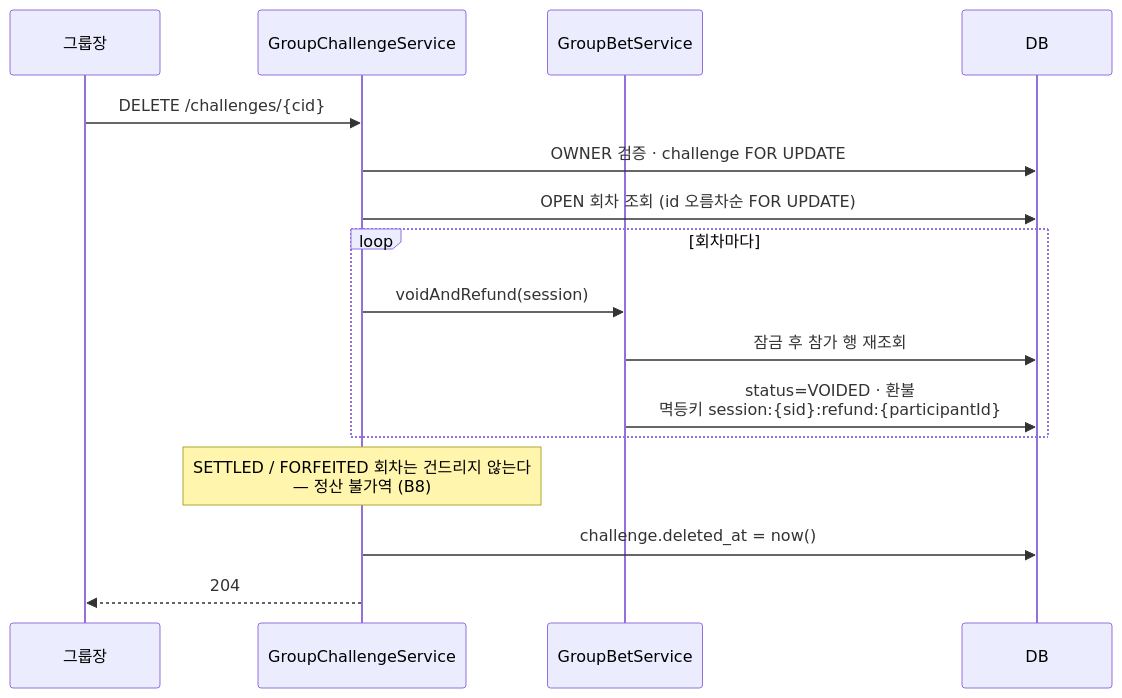
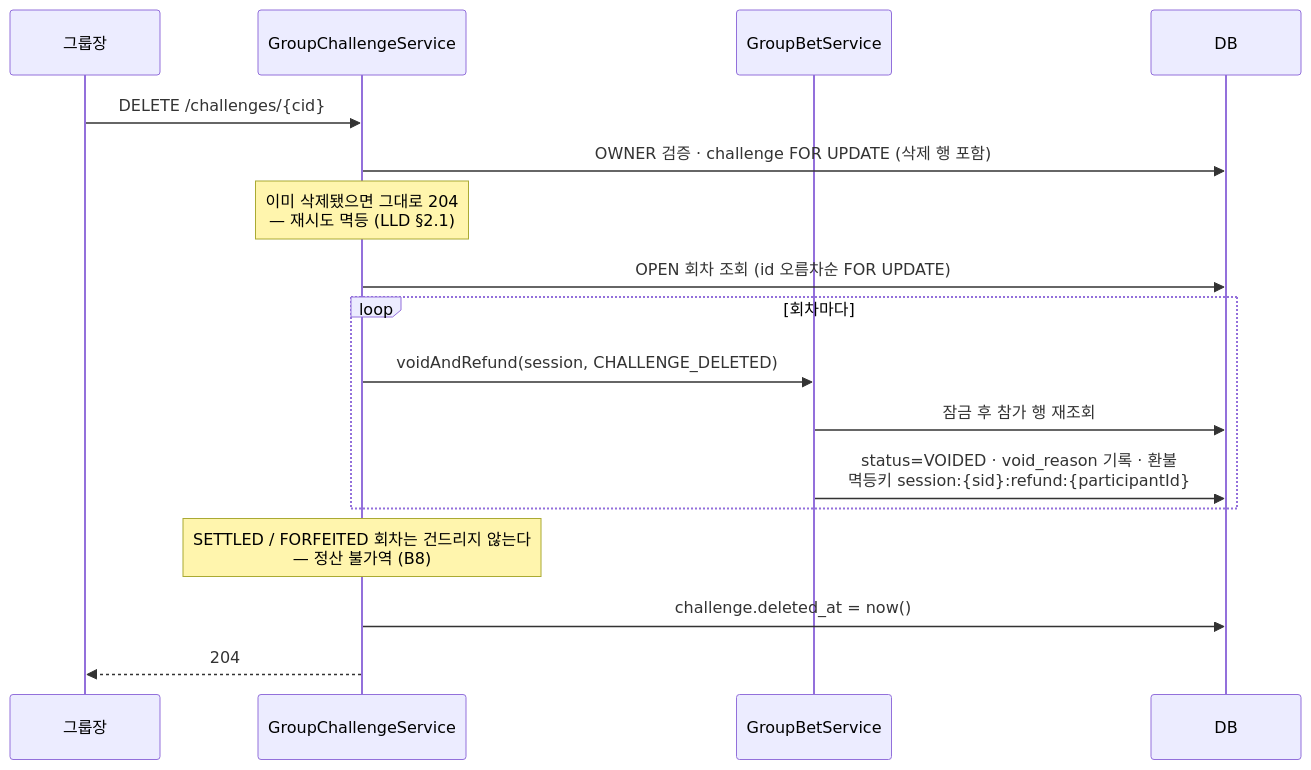
The ninth of 13 diagrams in docs/prd/challenge/high-level-design.md (OneOrThree/phone), drawn with Mermaid before and after one commit. The commit also changed other lines of this file and 5 other files, not shown here.

````diff
--- a/docs/prd/challenge/high-level-design.md
+++ b/docs/prd/challenge/high-level-design.md
@@ -328,19 +338,20 @@
 ```mermaid
 sequenceDiagram
     participant U as 그룹장
     participant S as GroupChallengeService
     participant B as GroupBetService
     participant DB as DB
 
     U->>S: DELETE /challenges/{cid}
-    S->>DB: OWNER 검증 · challenge FOR UPDATE
+    S->>DB: OWNER 검증 · challenge FOR UPDATE (삭제 행 포함)
+    Note over S: 이미 삭제됐으면 그대로 204<br/>— 재시도 멱등 (LLD §2.1)
     S->>DB: OPEN 회차 조회 (id 오름차순 FOR UPDATE)
     loop 회차마다
-        S->>B: voidAndRefund(session)
+        S->>B: voidAndRefund(session, CHALLENGE_DELETED)
         B->>DB: 잠금 후 참가 행 재조회
-        B->>DB: status=VOIDED · 환불<br/>멱등키 session:{sid}:refund:{participantId}
+        B->>DB: status=VOIDED · void_reason 기록 · 환불<br/>멱등키 session:{sid}:refund:{participantId}
     end
     Note over S: SETTLED / FORFEITED 회차는 건드리지 않는다<br/>— 정산 불가역 (B8)
     S->>DB: challenge.deleted_at = now()
     S-->>U: 204
 ```
````
